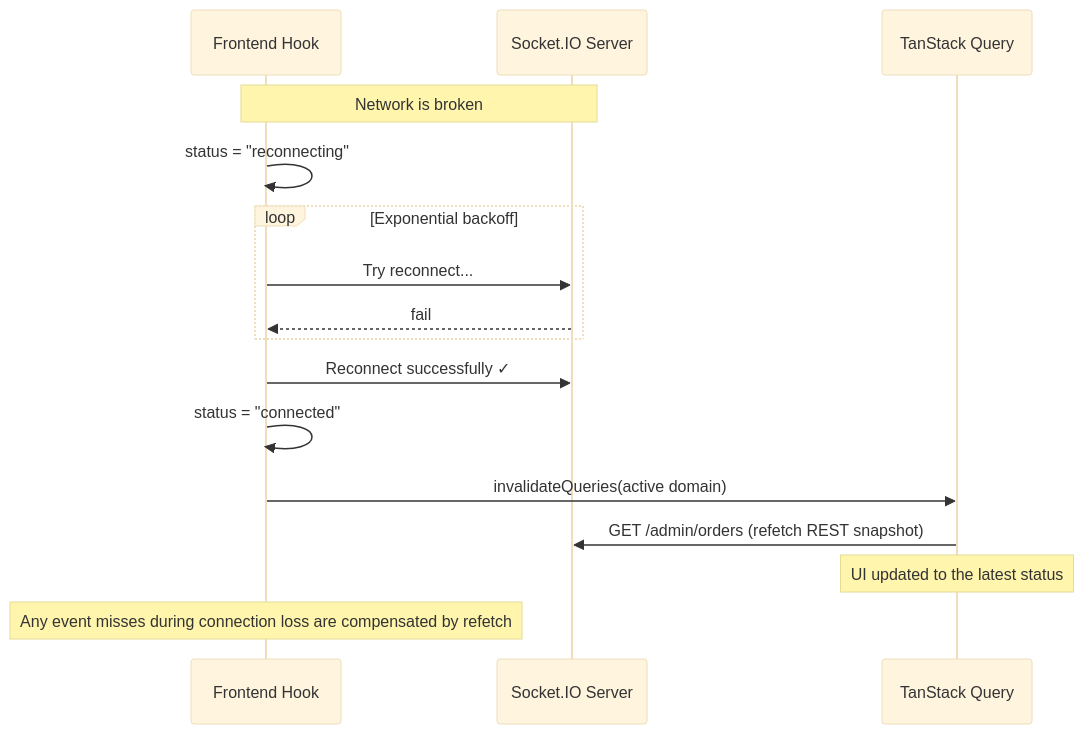
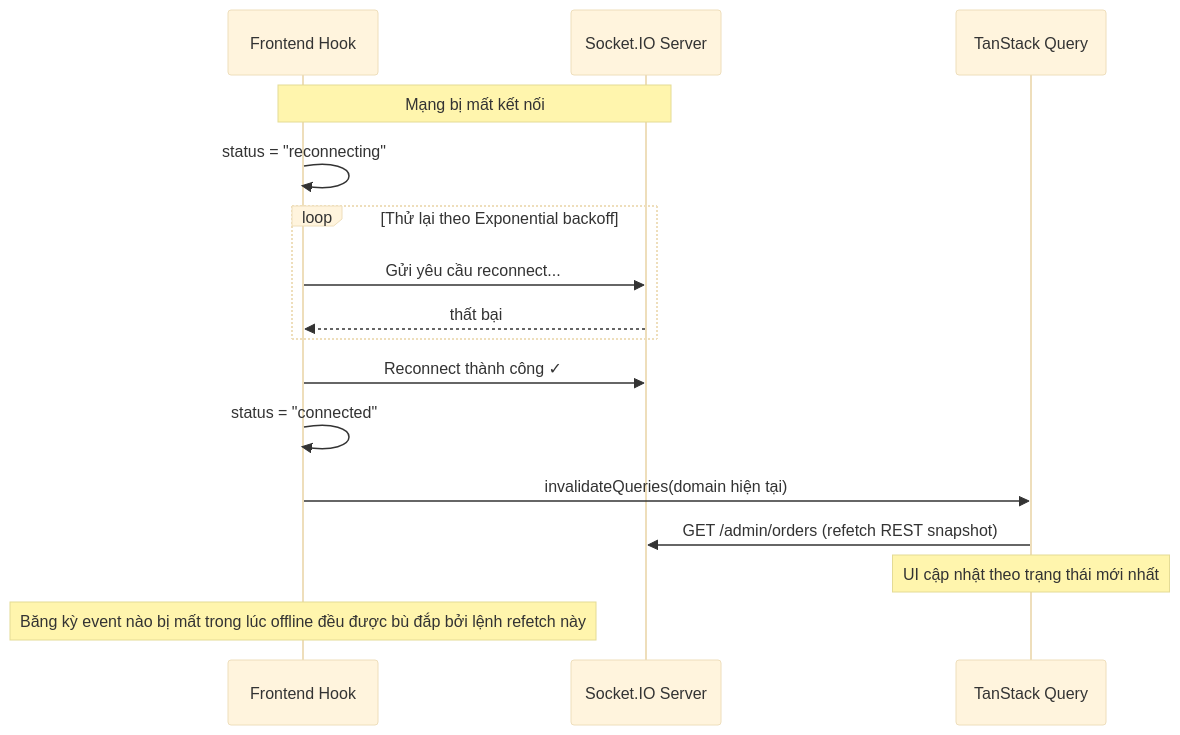
The eighth of 11 diagrams in docs/guides/websocket-socketio-qrtable.md (quan-vo-dinh/saas-pos-microservices-qrtable), drawn with Mermaid (base theme) before and after one commit. The commit also changed other lines of this file and 8 other files, not shown here.

Commit message:
docs: update architecture guides, codebase map, and consolidation plans

````diff
--- a/docs/guides/websocket-socketio-qrtable.md
+++ b/docs/guides/websocket-socketio-qrtable.md
@@ -626,21 +626,21 @@
 ```mermaid
 sequenceDiagram
     participant C as Frontend Hook
     participant S as Socket.IO Server
     participant Q as TanStack Query
 
-Note over C,S: Network is broken
+Note over C,S: Mạng bị mất kết nối
     C->>C: status = "reconnecting"
 
-    loop Exponential backoff
-C->>S: Try reconnect...
-        S-->>C: fail
+    loop Thử lại theo Exponential backoff
+        C->>S: Gửi yêu cầu reconnect...
+        S-->>C: thất bại
     end
 
-C->>S: Reconnect successfully ✓
+C->>S: Reconnect thành công ✓
     C->>C: status = "connected"
-    C->>Q: invalidateQueries(active domain)
+    C->>Q: invalidateQueries(domain hiện tại)
     Q->>S: GET /admin/orders (refetch REST snapshot)
-Note over Q: UI updated to the latest status
-Note over C: Any event misses during connection loss are compensated by refetch
+Note over Q: UI cập nhật theo trạng thái mới nhất
+Note over C: Băng kỳ event nào bị mất trong lúc offline đều được bù đắp bởi lệnh refetch này
 ```
````
